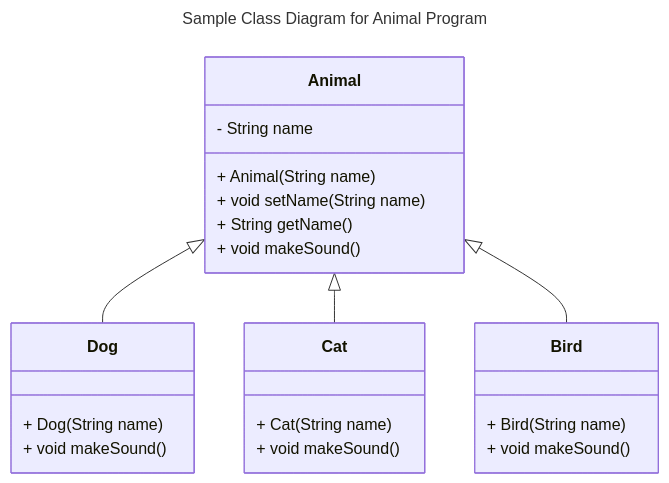
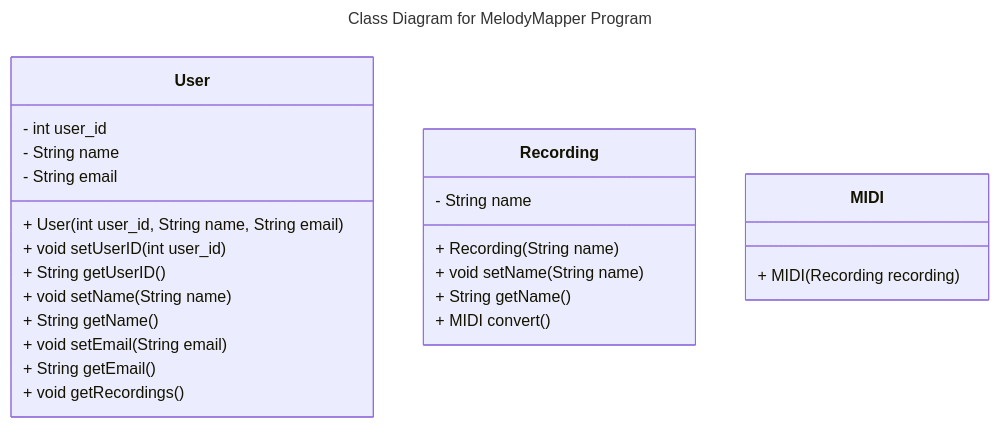
The third of 6 diagrams in README.md (bengoh815/cs506-project), drawn with Mermaid before and after one commit. The commit also changed other lines of this file, not shown here.

Commit message:
System Architecture Diagram Done

````diff
--- a/README.md
+++ b/README.md
@@ -234,28 +143,31 @@
 ```mermaid
 ---
-title: Sample Class Diagram for Animal Program
+title: Class Diagram for MelodyMapper Program
 ---
 classDiagram
-    class Animal {
+    class User {
+        - int user_id
         - String name
-        + Animal(String name)
+        - String email
+        + User(int user_id, String name, String email)
+        + void setUserID(int user_id)
+        + String getUserID()
         + void setName(String name)
         + String getName()
-        + void makeSound()
+        + void setEmail(String email)
+        + String getEmail()
+        + void getRecordings()
     }
-    class Dog {
-        + Dog(String name)
-        + void makeSound()
+
+    class Recording {
+        - String name
+        + Recording(String name)
+        + void setName(String name)
+        + String getName()
+        + MIDI convert()
     }
-    class Cat {
-        + Cat(String name)
-        + void makeSound()
+
+    class MIDI {
+        + MIDI(Recording recording)
     }
-    class Bird {
-        + Bird(String name)
-        + void makeSound()
-    }
-    Animal <|-- Dog
-    Animal <|-- Cat
-    Animal <|-- Bird
 ```
````
